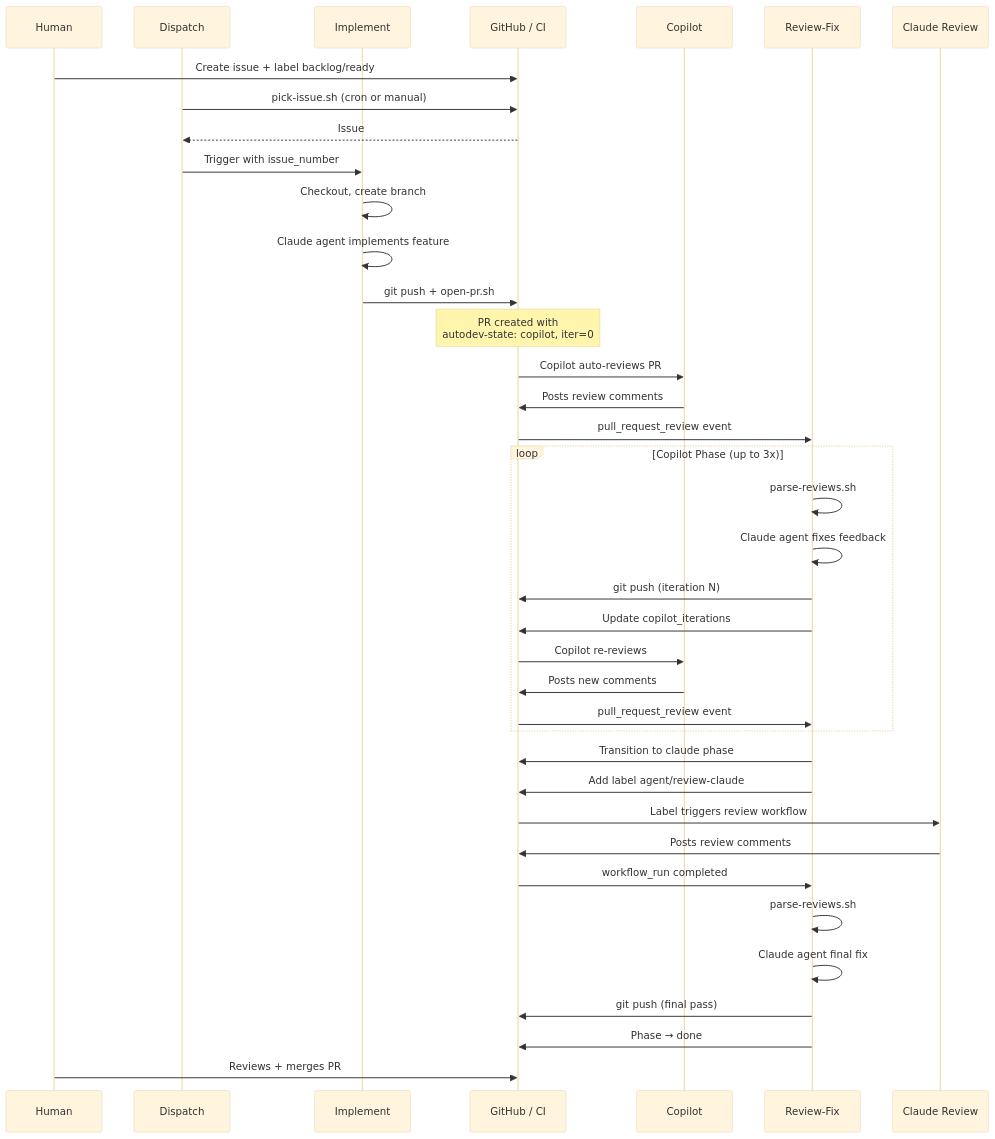
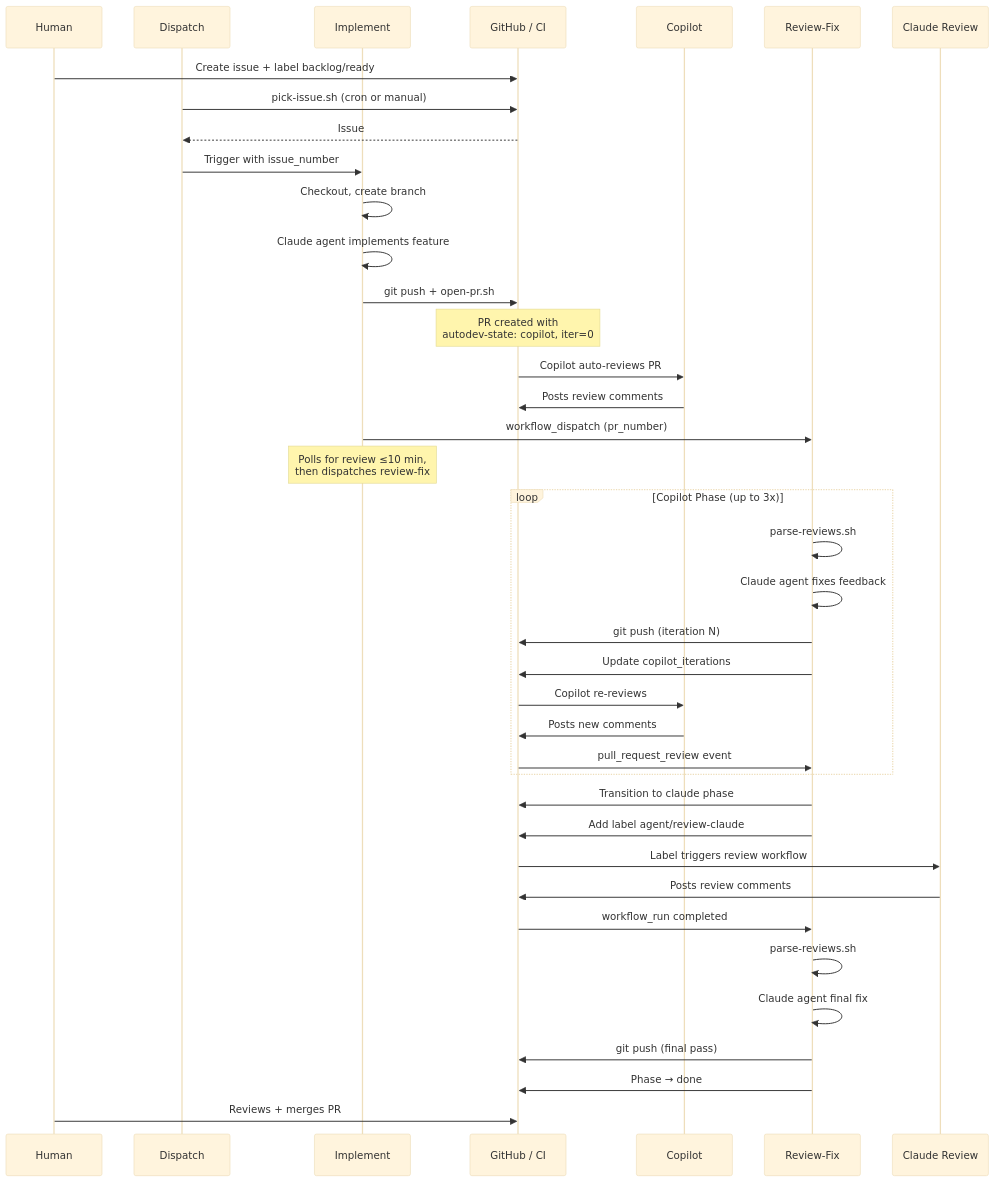
One commit to rnwolfe/mine changed the second of 4 diagrams in docs/internal/autodev-pipeline.md. Above: the diagram before and after it, drawn with Mermaid (base theme). The commit also changed other lines of this file and 3 other files, not shown here.

First line of the commit message:
ci: chain implement → review-fix via workflow_dispatch

````diff
--- a/docs/internal/autodev-pipeline.md
+++ b/docs/internal/autodev-pipeline.md
@@ -66,47 +67,48 @@
 ```mermaid
 sequenceDiagram
     participant H as Human
     participant D as Dispatch
     participant I as Implement
     participant G as GitHub / CI
     participant C as Copilot
     participant RF as Review-Fix
     participant CR as Claude Review
 
     H->>G: Create issue + label backlog/ready
     D->>G: pick-issue.sh (cron or manual)
     G-->>D: Issue #N selected
     D->>I: Trigger with issue_number
 
     I->>I: Checkout, create branch
     I->>I: Claude agent implements feature
     I->>G: git push + open-pr.sh
     Note over G: PR created with<br/>autodev-state: copilot, iter=0
 
     G->>C: Copilot auto-reviews PR
     C->>G: Posts review comments
-    G->>RF: pull_request_review event
+    I->>RF: workflow_dispatch (pr_number)
+    Note over I: Polls for review ≤10 min,<br/>then dispatches review-fix
 
     loop Copilot Phase (up to 3x)
         RF->>RF: parse-reviews.sh
         RF->>RF: Claude agent fixes feedback
         RF->>G: git push (iteration N)
         RF->>G: Update copilot_iterations
         G->>C: Copilot re-reviews
         C->>G: Posts new comments
         G->>RF: pull_request_review event
     end
 
     RF->>G: Transition to claude phase
     RF->>G: Add label agent/review-claude
     G->>CR: Label triggers review workflow
     CR->>G: Posts review comments
 
     G->>RF: workflow_run completed
     RF->>RF: parse-reviews.sh
     RF->>RF: Claude agent final fix
     RF->>G: git push (final pass)
     RF->>G: Phase → done
 
     H->>G: Reviews + merges PR
 ```
````
